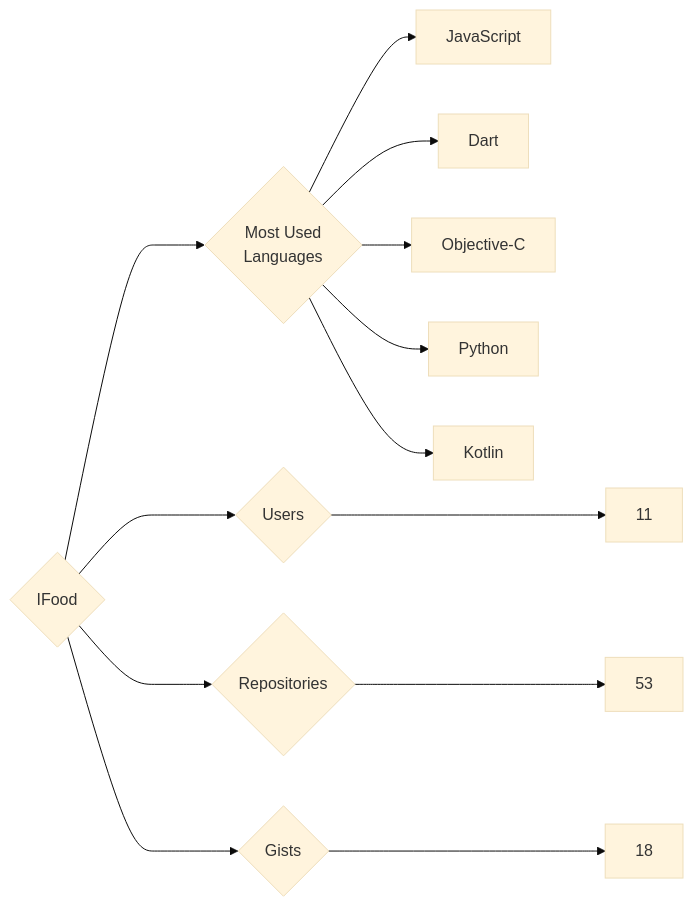
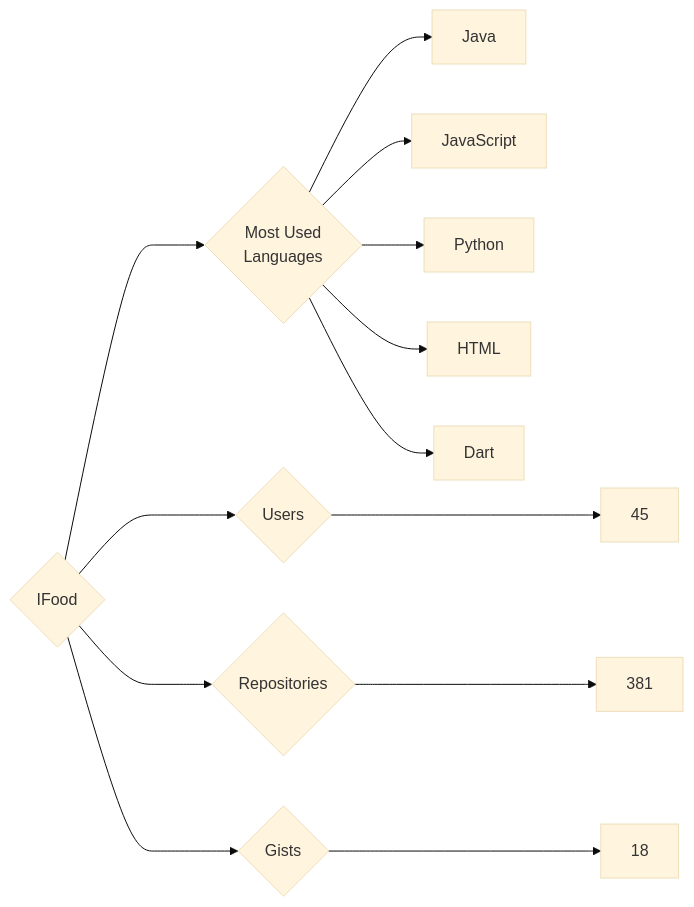
The diagram in targets/IFood/README.md (trickest/insiders), drawn with Mermaid (base theme) before and after one commit. The commit also changed 874 other files, not shown here.

````diff
--- a/targets/IFood/README.md
+++ b/targets/IFood/README.md
@@ -3,13 +3,13 @@
 ```mermaid
 graph LR
 COMPANY_NAME{IFood}
-COMPANY_NAME ---> U{Users} ---> UN[11]
-COMPANY_NAME ---> R{Repositories} ---> RN[53]
+COMPANY_NAME ---> U{Users} ---> UN[45]
+COMPANY_NAME ---> R{Repositories} ---> RN[381]
 COMPANY_NAME ---> G{Gists} ---> GN[18]
 COMPANY_NAME ---> ML{Most Used<br>Languages}
+ML --> Java[Java]
 ML --> JavaScript[JavaScript]
+ML --> Python[Python]
+ML --> HTML[HTML]
 ML --> Dart[Dart]
-ML --> Objective-C[Objective-C]
-ML --> Python[Python]
-ML --> Kotlin[Kotlin]
 ```
````
